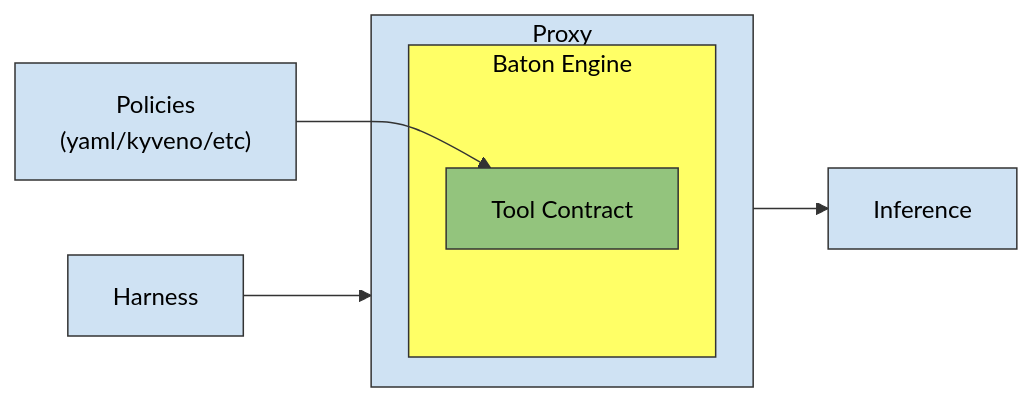
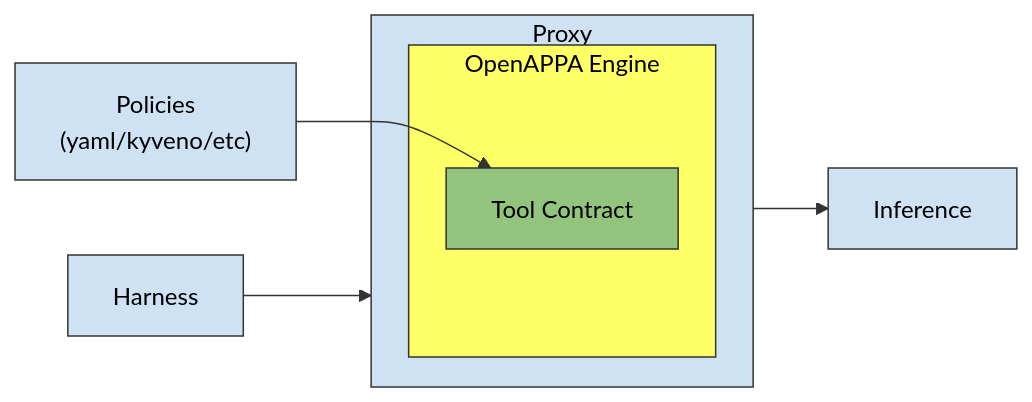
The diagram in docs/spec.md (archestra-ai/OpenAPPA), drawn with Mermaid before and after one commit. The commit also changed other lines of this file and 85 other files, not shown here.

Commit message:
refactor!: rename Baton interfaces to APPA

````diff
--- a/docs/spec.md
+++ b/docs/spec.md
@@ -64,18 +64,18 @@
 ```mermaid
 flowchart LR
     Harness --> Proxy
     subgraph Proxy
-        subgraph Engine["Baton Engine"]
+        subgraph Engine["OpenAPPA Engine"]
             Contract["Tool Contract"]
         end
     end
     Proxy --> Inference
     Policies["Policies<br/>(yaml/kyveno/etc)"] --> Contract
 
     classDef blue fill:#cfe2f3,stroke:#333,color:#000
     classDef yellow fill:#ffff66,stroke:#333,color:#000
     classDef green fill:#93c47d,stroke:#333,color:#000
     class Harness,Inference,Policies,Proxy blue
     class Engine yellow
     class Contract green
 ```
````
